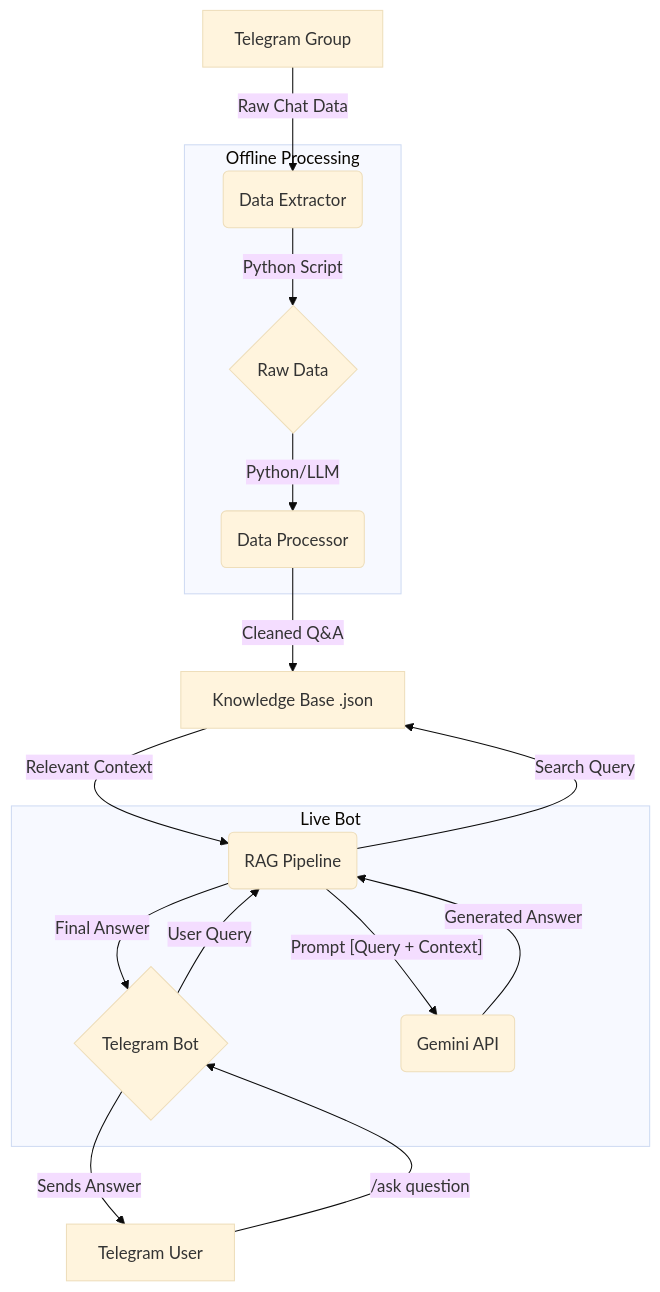
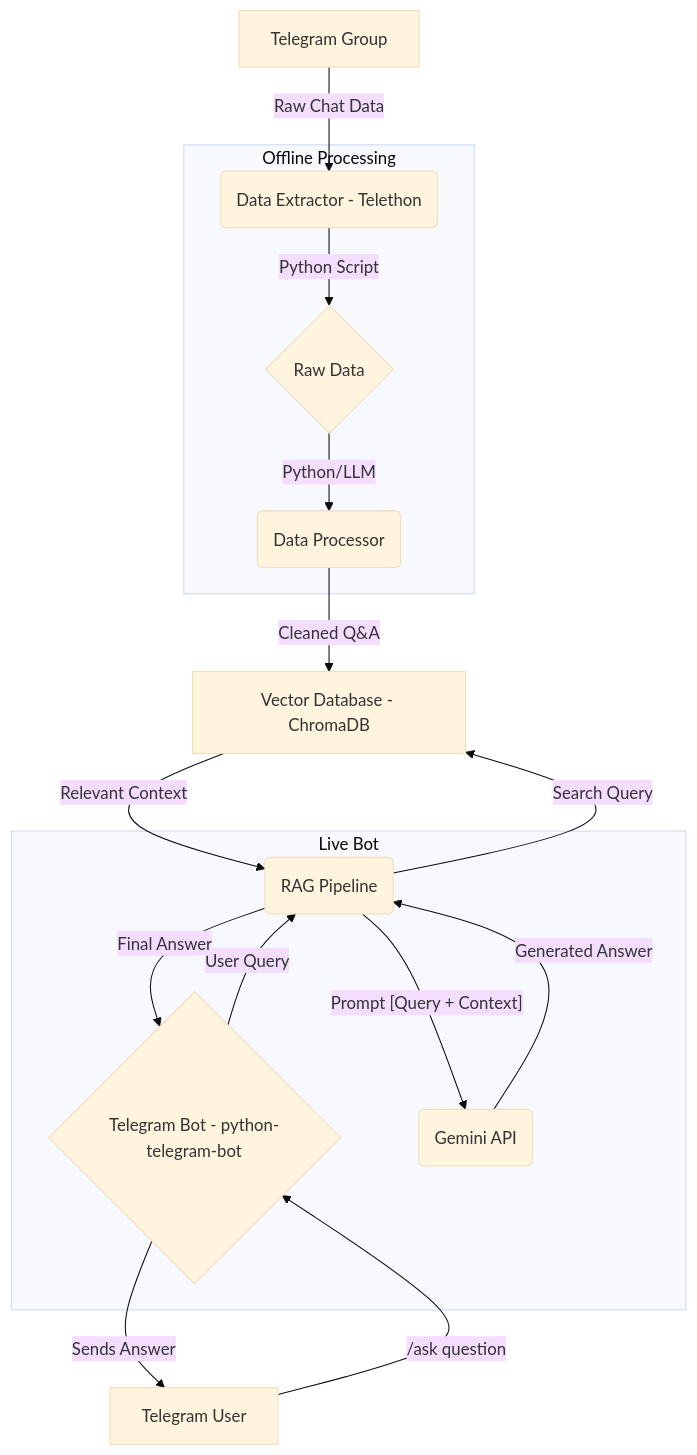
The diagram in README.md (vjaykrsna/ragbot), drawn with Mermaid (base theme) before and after one commit. The commit also changed other lines of this file, not shown here.

````diff
--- a/README.md
+++ b/README.md
@@ -9,27 +9,27 @@
 ```mermaid
 graph TD
-    A[Telegram Group] -- Raw Chat Data --> B(Data Extractor);
+    A[Telegram Group] -- Raw Chat Data --> B(Data Extractor - Telethon);
     B -- Python Script --> C{Raw Data};
     C -- Python/LLM --> D(Data Processor);
-    D -- Cleaned Q&A --> E[Knowledge Base .json];
-    F[Telegram User] -- /ask question --> G{Telegram Bot};
+    D -- Cleaned Q&A --> E[Vector Database - ChromaDB];
+    F[Telegram User] -- /ask question --> G{Telegram Bot - python-telegram-bot};
     G -- User Query --> H(RAG Pipeline);
     H -- Search Query --> E;
     E -- Relevant Context --> H;
     H -- Prompt [Query + Context] --> I(Gemini API);
     I -- Generated Answer --> H;
     H -- Final Answer --> G;
     G -- Sends Answer --> F;
 
     subgraph "Offline Processing"
         B
         C
         D
     end
 
     subgraph "Live Bot"
         G
         H
         I
     end
 ```
````
